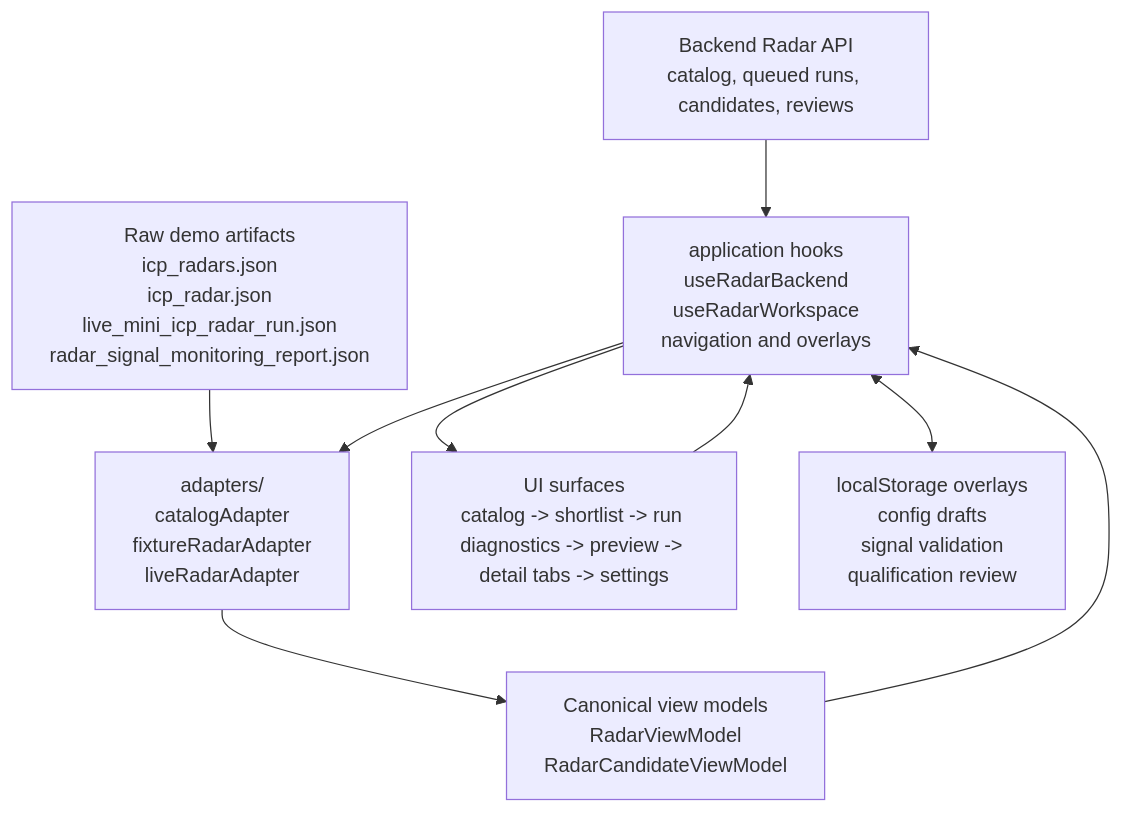
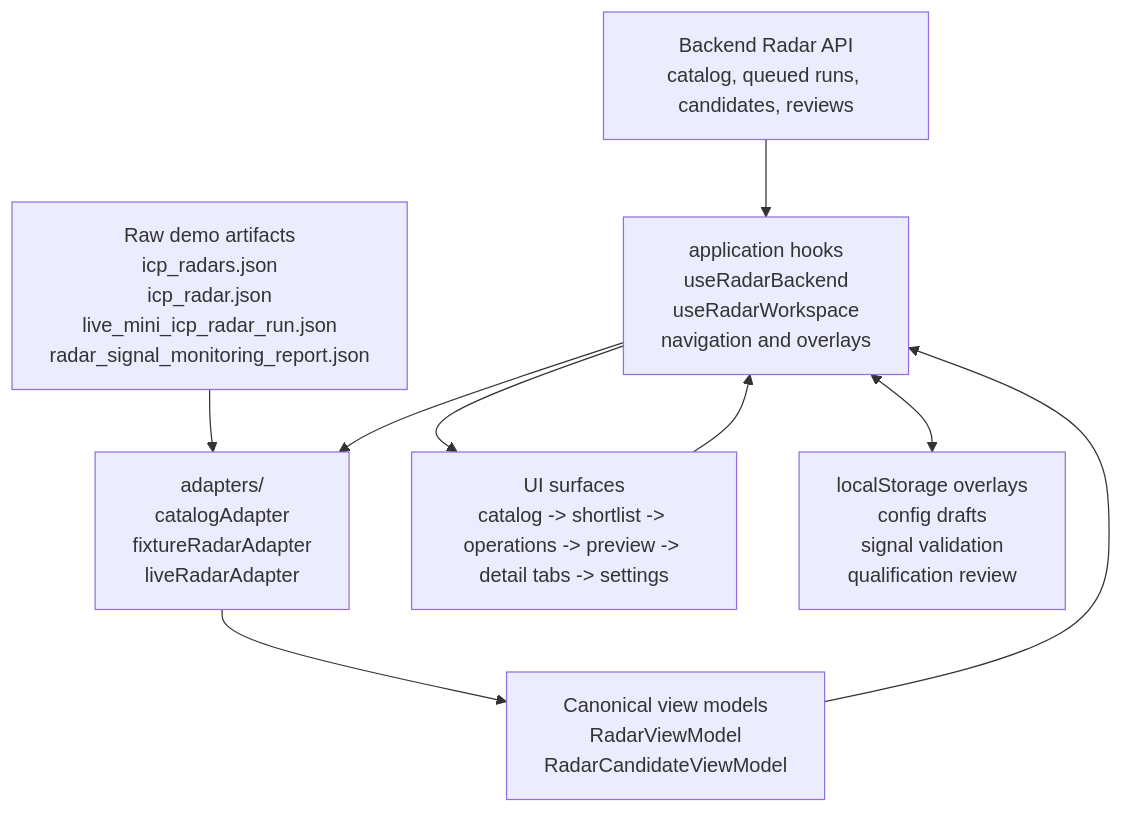
Before and after one commit to mudrezzz/power-web-os: the diagram in frontend/src/features/icp-radar/README.md, drawn with Mermaid. The commit also changed other lines of this file and 28 other files, not shown here.

````diff
--- a/frontend/src/features/icp-radar/README.md
+++ b/frontend/src/features/icp-radar/README.md
@@ -26,19 +27,19 @@
 ```mermaid
 flowchart TD
     Api["Backend Radar API<br/>catalog, queued runs, candidates, reviews"]
     RawArtifacts["Raw demo artifacts<br/>icp_radars.json<br/>icp_radar.json<br/>live_mini_icp_radar_run.json<br/>radar_signal_monitoring_report.json"]
     Adapters["adapters/<br/>catalogAdapter<br/>fixtureRadarAdapter<br/>liveRadarAdapter"]
     ViewModels["Canonical view models<br/>RadarViewModel<br/>RadarCandidateViewModel"]
     AppHooks["application hooks<br/>useRadarBackend<br/>useRadarWorkspace<br/>navigation and overlays"]
-    UI["UI surfaces<br/>catalog -> shortlist -> run diagnostics -> preview -> detail tabs -> settings"]
+    UI["UI surfaces<br/>catalog -> shortlist -> operations -> preview -> detail tabs -> settings"]
     LocalOverlays["localStorage overlays<br/>config drafts<br/>signal validation<br/>qualification review"]
 
     Api --> AppHooks
     RawArtifacts --> Adapters
     AppHooks --> Adapters
     Adapters --> ViewModels
     ViewModels --> AppHooks
     AppHooks --> UI
     UI --> AppHooks
     AppHooks <--> LocalOverlays
 ```
````
